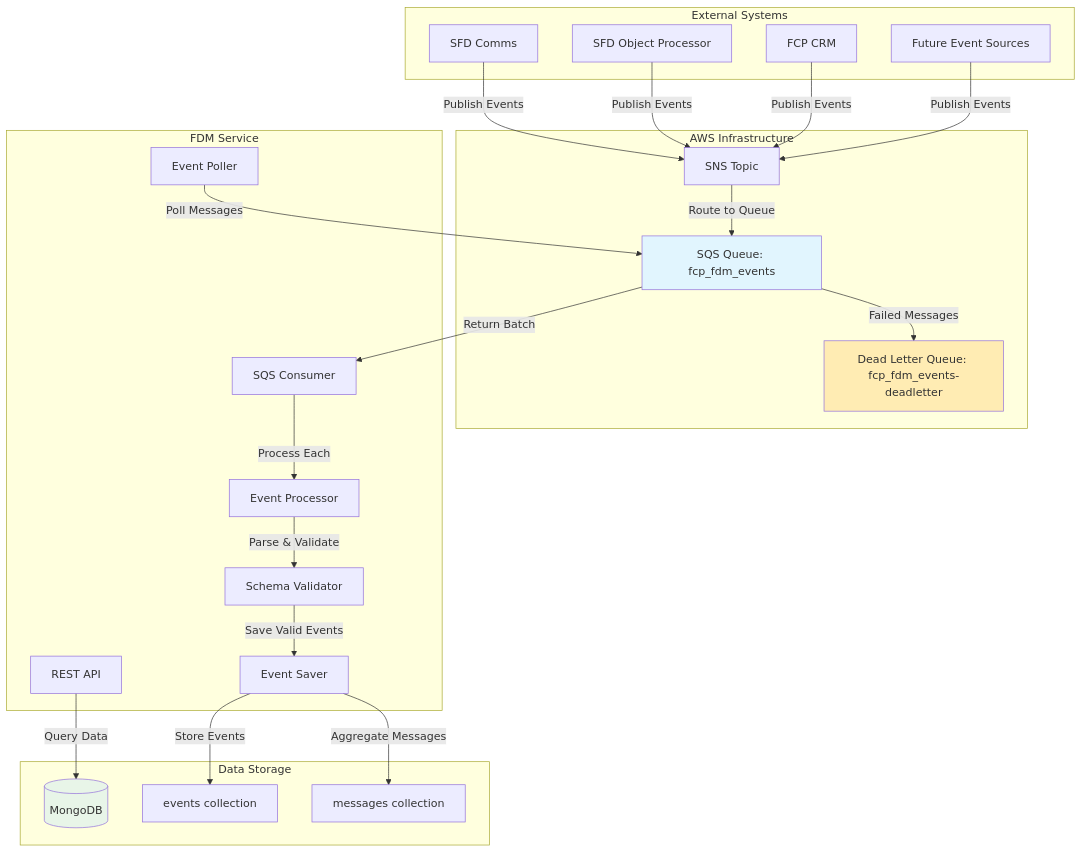
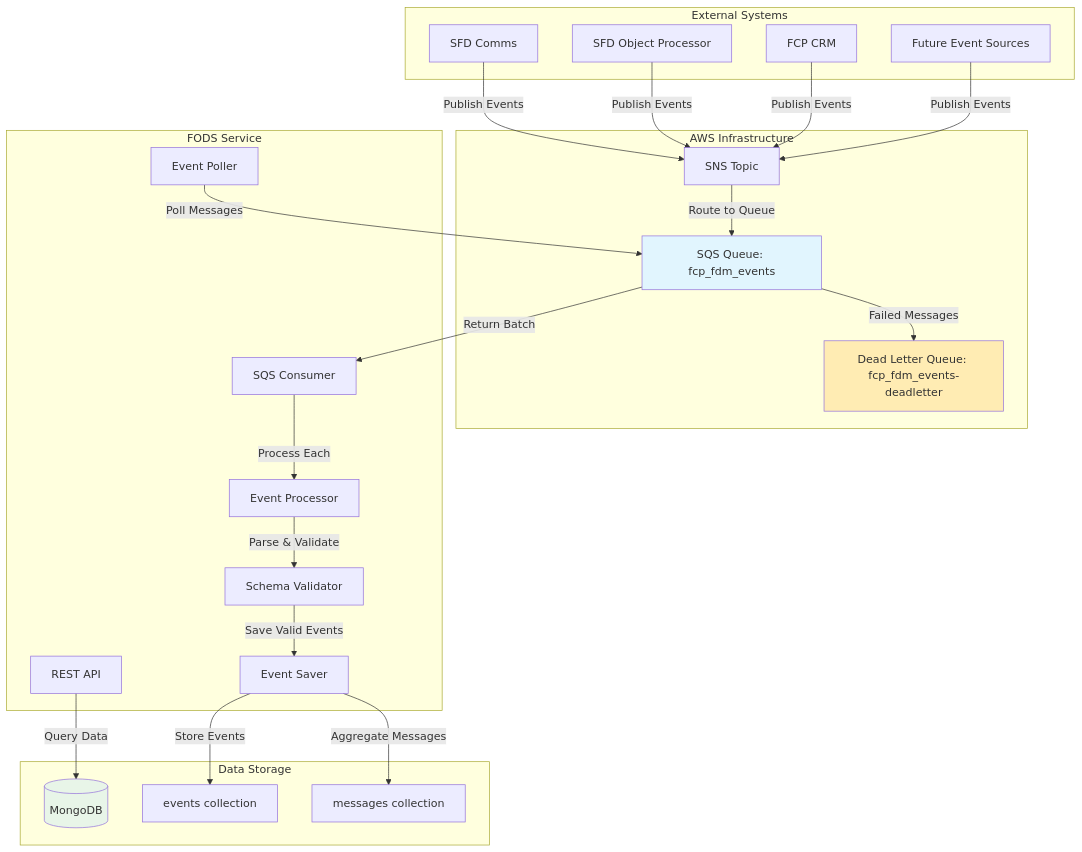
One commit to DEFRA/fcp-fdm changed the first of 3 diagrams in README.md. Above: the diagram before and after it, drawn with Mermaid. The commit also changed other lines of this file and 6 other files, not shown here.

First line of the commit message:
Rename Farming Data Model (FDM) to Farming Operation Data Store (FODS) (#74)

````diff
--- a/README.md
+++ b/README.md
@@ -69,51 +72,51 @@
 ```mermaid
 graph TB
     subgraph "External Systems"
         COMMS[SFD Comms]
         DOC[SFD Object Processor]
         CRM[FCP CRM]
         FUTURE[Future Event Sources]
     end
     
     subgraph "AWS Infrastructure"
         SNS[SNS Topic]
         SQS[SQS Queue: fcp_fdm_events]
         DLQ[Dead Letter Queue: fcp_fdm_events-deadletter]
     end
     
-    subgraph "FDM Service"
+    subgraph "FODS Service"
         POLLER[Event Poller]
         CONSUMER[SQS Consumer]
         PROCESSOR[Event Processor]
         VALIDATOR[Schema Validator]
         SAVER[Event Saver]
         API[REST API]
     end
     
     subgraph "Data Storage"
         MONGO[(MongoDB)]
         EVENTS[events collection]
         MESSAGES[messages collection]
     end
     
     COMMS -->|Publish Events| SNS
     DOC -->|Publish Events| SNS
     CRM -->|Publish Events| SNS
     FUTURE -->|Publish Events| SNS
     SNS -->|Route to Queue| SQS
     SQS -->|Failed Messages| DLQ
     
     POLLER -->|Poll Messages| SQS
     SQS -->|Return Batch| CONSUMER
     CONSUMER -->|Process Each| PROCESSOR
     PROCESSOR -->|Parse & Validate| VALIDATOR
     VALIDATOR -->|Save Valid Events| SAVER
     SAVER -->|Store Events| EVENTS
     SAVER -->|Aggregate Messages| MESSAGES
     
     API -->|Query Data| MONGO
     
     style SQS fill:#e1f5fe
     style DLQ fill:#ffecb3
     style MONGO fill:#e8f5e8
 ```
````
